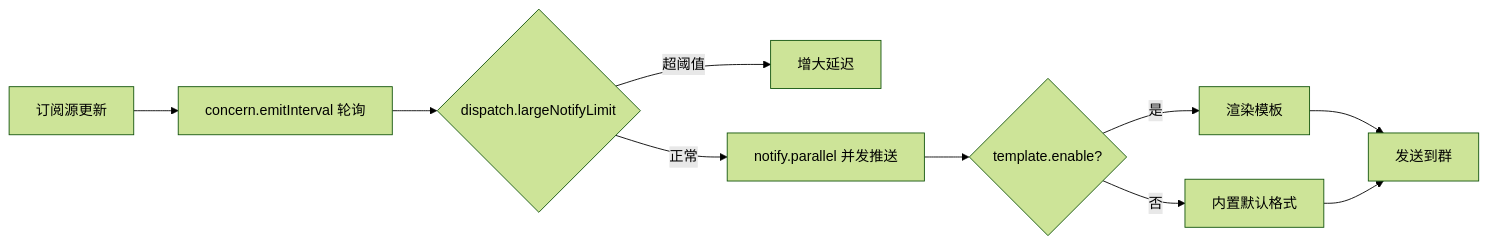
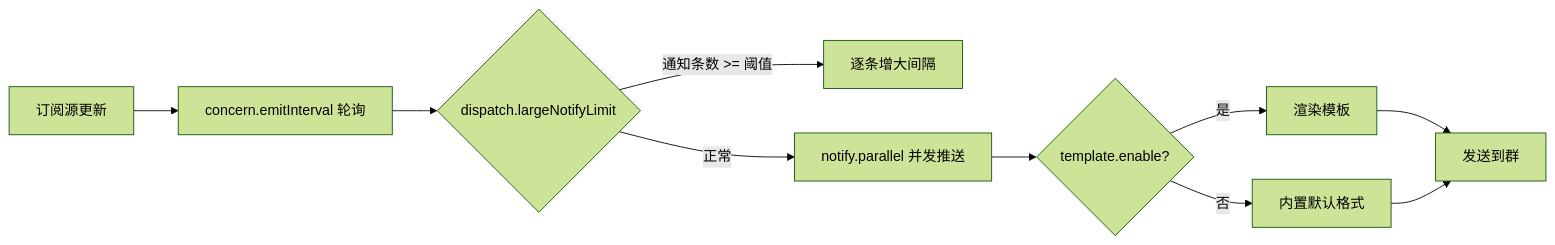
Before and after one commit to kizunerwe/DDBOT-WSa-docs: the diagram in docs/config/push-template.md, drawn with Mermaid (forest theme). The commit also changed other lines of this file and 58 other files, not shown here.

````diff
--- a/docs/config/push-template.md
+++ b/docs/config/push-template.md
@@ -158,11 +160,11 @@
 ```mermaid
 flowchart LR
     A[订阅源更新] --> B[concern.emitInterval 轮询]
     B --> C{dispatch.largeNotifyLimit}
-    C -->|超阈值| D[增大延迟]
+    C -->|通知条数 >= 阈值| D[逐条增大间隔]
     C -->|正常| E[notify.parallel 并发推送]
     E --> F{template.enable?}
     F -->|是| G[渲染模板]
     F -->|否| H[内置默认格式]
     G & H --> I[发送到群]
 ```
````
